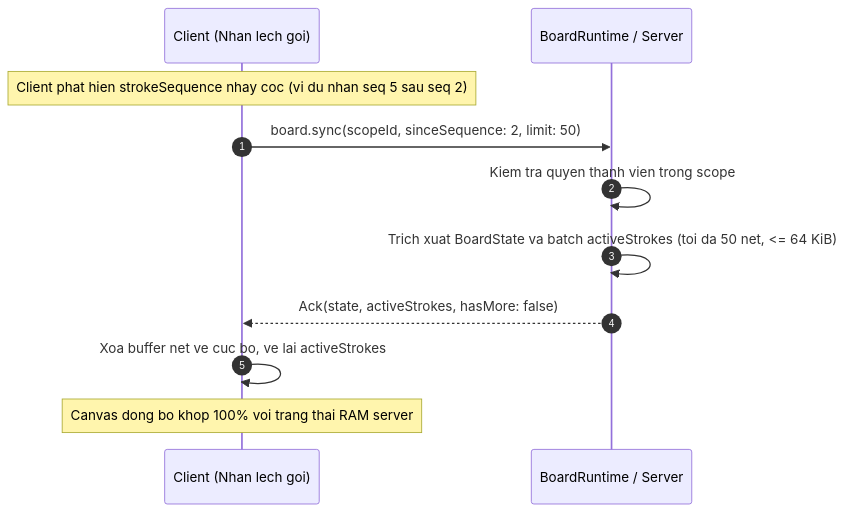
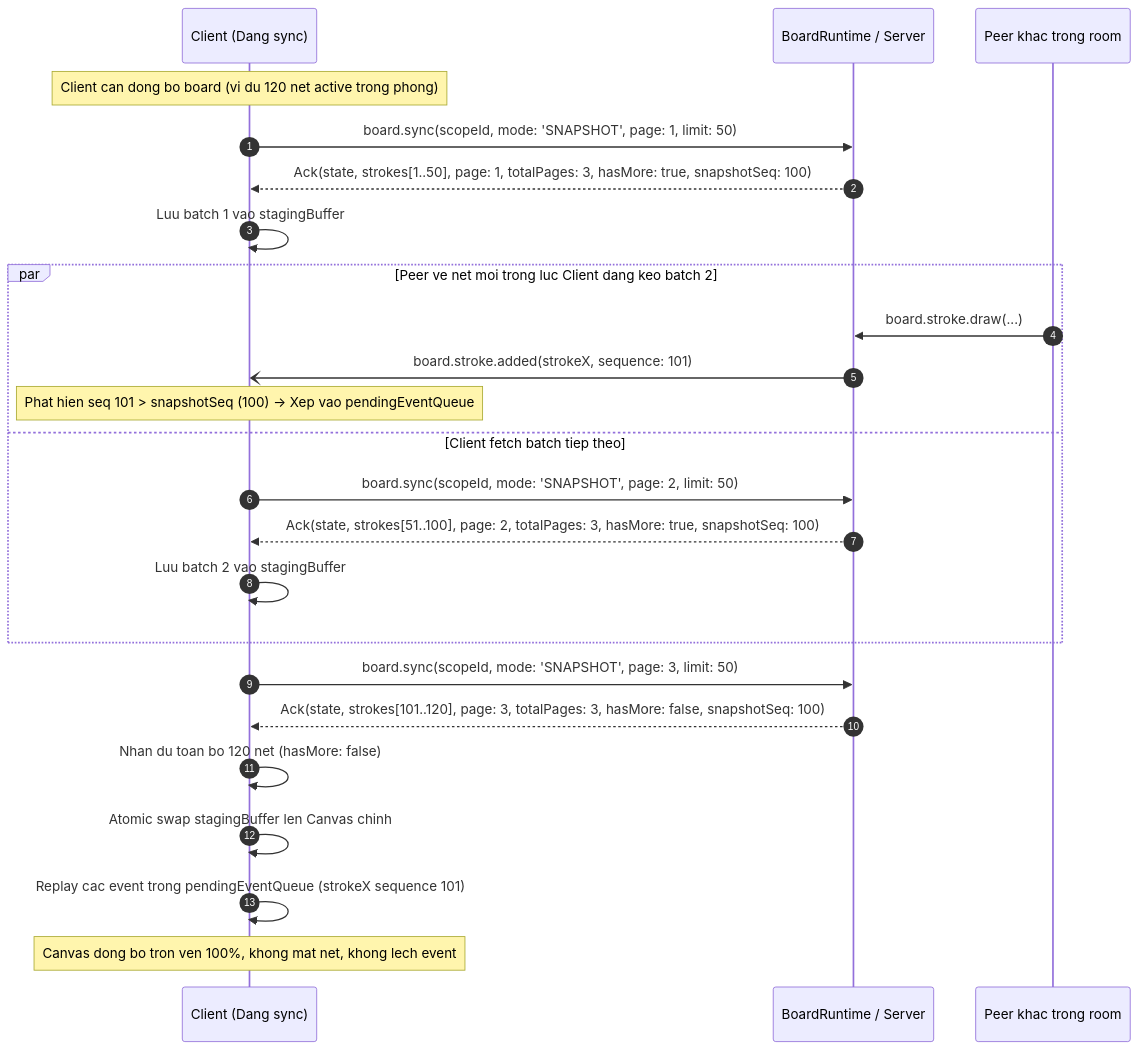
One commit to Lightning1507/CoLearnia changed the eighth of 13 diagrams in docs/proposals/m5-board.md. Above: the diagram before and after it, drawn with Mermaid. The commit also changed other lines of this file, not shown here.

Commit message:
docs(board): address collaborator review on files schema, sync, permissions, and wbs

````diff
--- a/docs/proposals/m5-board.md
+++ b/docs/proposals/m5-board.md
@@ -695,14 +723,29 @@
 ```mermaid
 sequenceDiagram
-autonumber
-participant C as Client (Nhan lech goi)
-participant S as BoardRuntime / Server
+  autonumber
+  participant C as Client (Dang sync)
+  participant S as BoardRuntime / Server
+  participant P as Peer khac trong room
 
-Note over C: Client phat hien strokeSequence nhay coc (vi du nhan seq 5 sau seq 2)
-C->>S: board.sync(scopeId, sinceSequence: 2, limit: 50)
-S->>S: Kiem tra quyen thanh vien trong scope
-S->>S: Trich xuat BoardState va batch activeStrokes (toi da 50 net, <= 64 KiB)
-S-->>C: Ack(state, activeStrokes, hasMore: false)
-C->>C: Xoa buffer net ve cuc bo, ve lai activeStrokes
-Note over C: Canvas dong bo khop 100% voi trang thai RAM server
+  Note over C: Client can dong bo board (vi du 120 net active trong phong)
+  C->>S: board.sync(scopeId, mode: 'SNAPSHOT', page: 1, limit: 50)
+  S-->>C: Ack(state, strokes[1..50], page: 1, totalPages: 3, hasMore: true, snapshotSeq: 100)
+  C->>C: Luu batch 1 vao stagingBuffer
+
+  par Peer ve net moi trong luc Client dang keo batch 2
+    P->>S: board.stroke.draw(...)
+    S-)C: board.stroke.added(strokeX, sequence: 101)
+    Note over C: Phat hien seq 101 > snapshotSeq (100) -> Xep vao pendingEventQueue
+  and Client fetch batch tiep theo
+    C->>S: board.sync(scopeId, mode: 'SNAPSHOT', page: 2, limit: 50)
+    S-->>C: Ack(state, strokes[51..100], page: 2, totalPages: 3, hasMore: true, snapshotSeq: 100)
+    C->>C: Luu batch 2 vao stagingBuffer
+  end
+
+  C->>S: board.sync(scopeId, mode: 'SNAPSHOT', page: 3, limit: 50)
+  S-->>C: Ack(state, strokes[101..120], page: 3, totalPages: 3, hasMore: false, snapshotSeq: 100)
+  C->>C: Nhan du toan bo 120 net (hasMore: false)
+  C->>C: Atomic swap stagingBuffer len Canvas chinh
+  C->>C: Replay cac event trong pendingEventQueue (strokeX sequence 101)
+  Note over C: Canvas dong bo tron ven 100%, khong mat net, khong lech event
 ```
````
